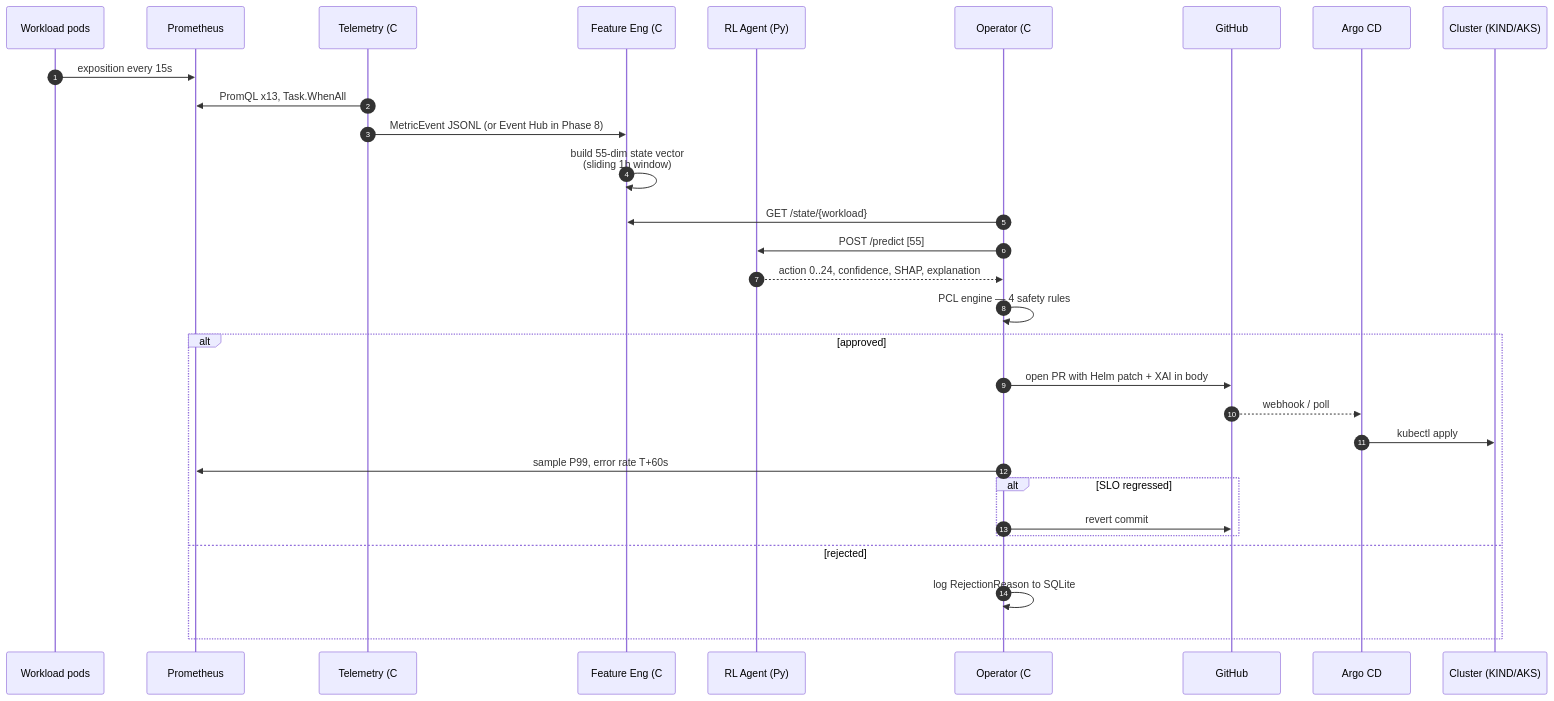
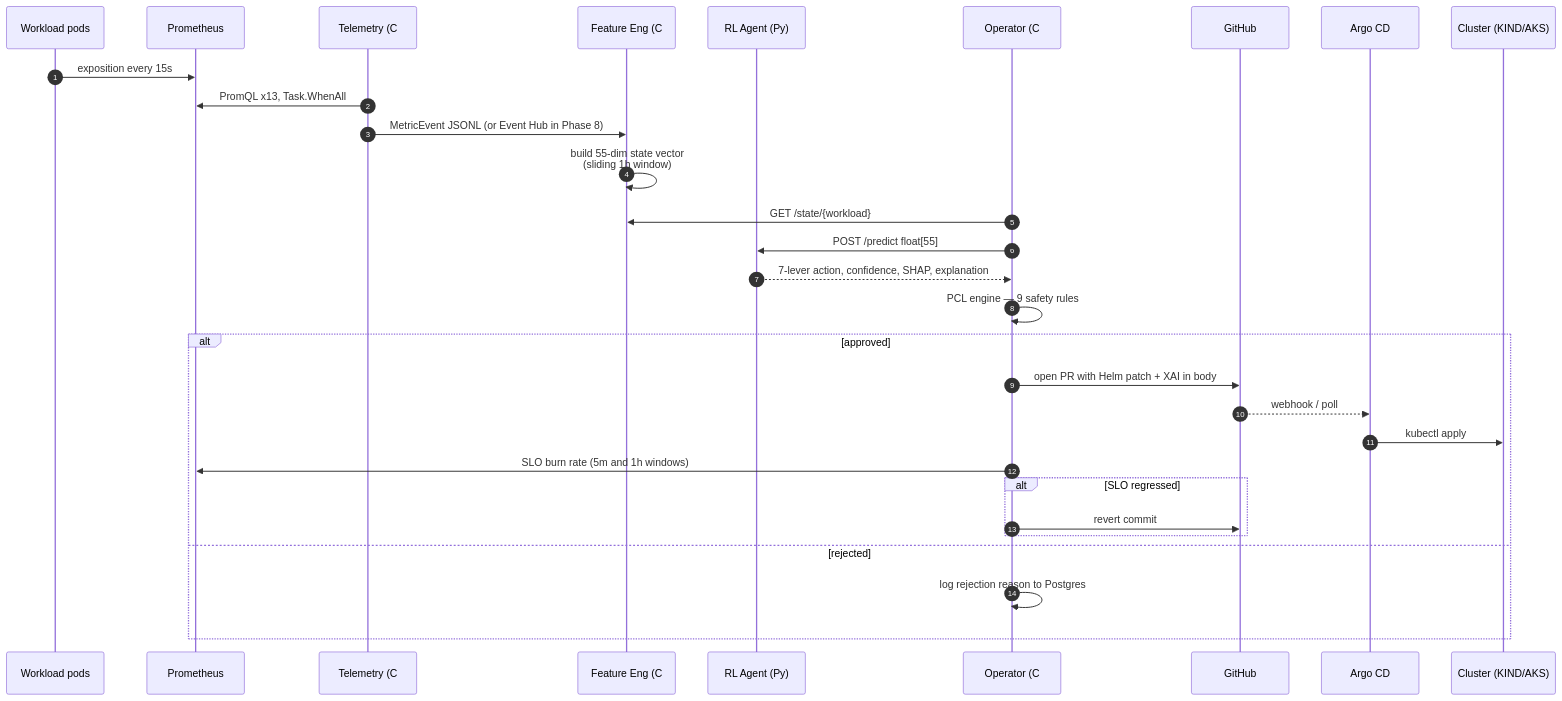
One commit to ravin00/AFIE changed the second of 2 diagrams in docs/architecture.md. Above: the diagram before and after it, drawn with Mermaid. The commit also changed other lines of this file and 6 other files, not shown here.

First line of the commit message:
docs: Update development, feature engineering, infrastructure, roadmap, and telemetry service documentation

````diff
--- a/docs/architecture.md
+++ b/docs/architecture.md
@@ -74,33 +74,33 @@
 ```mermaid
 sequenceDiagram
     autonumber
     participant W as Workload pods
     participant P as Prometheus
     participant T as Telemetry (C#)
     participant F as Feature Eng (C#)
     participant R as RL Agent (Py)
     participant O as Operator (C#)
     participant G as GitHub
     participant A as Argo CD
     participant S as Cluster (KIND/AKS)
 
     W->>P: exposition every 15s
     T->>P: PromQL x13, Task.WhenAll
     T->>F: MetricEvent JSONL (or Event Hub in Phase 8)
     F->>F: build 55-dim state vector<br/>(sliding 1h window)
     O->>F: GET /state/{workload}
-    O->>R: POST /predict [55]
-    R-->>O: action 0..24, confidence, SHAP, explanation
-    O->>O: PCL engine — 4 safety rules
+    O->>R: POST /predict float[55]
+    R-->>O: 7-lever action, confidence, SHAP, explanation
+    O->>O: PCL engine — 9 safety rules
     alt approved
         O->>G: open PR with Helm patch + XAI in body
         G-->>A: webhook / poll
         A->>S: kubectl apply
-        O->>P: sample P99, error rate T+60s
+        O->>P: SLO burn rate (5m and 1h windows)
         alt SLO regressed
             O->>G: revert commit
         end
     else rejected
-        O->>O: log RejectionReason to SQLite
+        O->>O: log rejection reason to Postgres
     end
 ```
````
